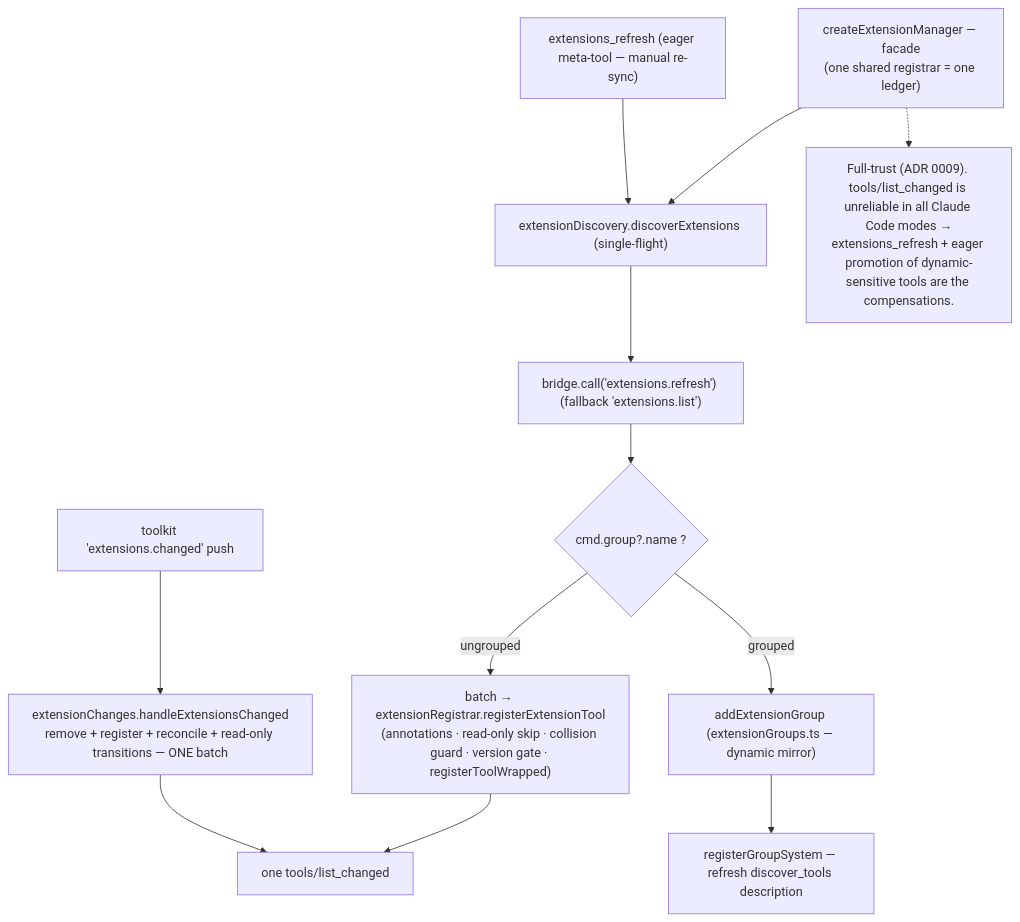
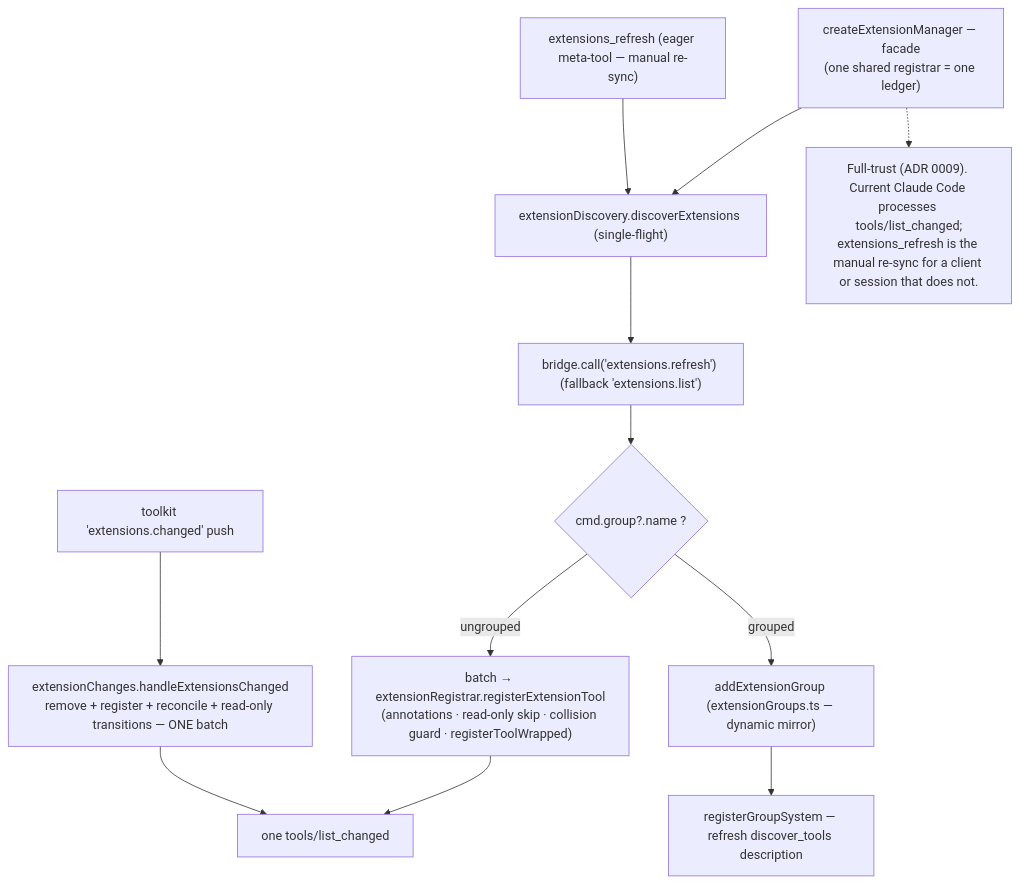
One commit to NPGameDev/godot-mcp-server changed diagram 13 of 13 in docs/architecture/README.md. Above: the diagram before and after it, drawn with Mermaid. The commit also changed other lines of this file and 19 other files, not shown here.

First line of the commit message:
fix(server): tailor two eager tool descriptions to the connected Godot version

````diff
--- a/docs/architecture/README.md
+++ b/docs/architecture/README.md
@@ -779,16 +793,16 @@
 ```mermaid
 flowchart TD
     mgr["createExtensionManager — facade<br/>(one shared registrar = one ledger)"]
     mgr --> disc["extensionDiscovery.discoverExtensions (single-flight)"]
     disc --> rpc["bridge.call('extensions.refresh') (fallback 'extensions.list')"]
     rpc --> part{"cmd.group?.name ?"}
-    part -->|"ungrouped"| ung["batch → extensionRegistrar.registerExtensionTool<br/>(annotations · read-only skip · collision guard · version gate · registerToolWrapped)"]
+    part -->|"ungrouped"| ung["batch → extensionRegistrar.registerExtensionTool<br/>(annotations · read-only skip · collision guard · registerToolWrapped)"]
     part -->|"grouped"| grp["addExtensionGroup (extensionGroups.ts — dynamic mirror)"]
     ung --> once["one tools/list_changed"]
     grp --> desc["registerGroupSystem — refresh discover_tools description"]
     chg["toolkit 'extensions.changed' push"] --> apply["extensionChanges.handleExtensionsChanged<br/>remove + register + reconcile + read-only transitions — ONE batch"]
     apply --> once
     refresh["extensions_refresh (eager meta-tool — manual re-sync)"] --> disc
-    note["Full-trust (ADR 0009). tools/list_changed is unreliable in all Claude Code modes →<br/>extensions_refresh + eager promotion of dynamic-sensitive tools are the compensations."]
+    note["Full-trust (ADR 0009). Current Claude Code processes tools/list_changed;<br/>extensions_refresh is the manual re-sync for a client or session that does not."]
     mgr -.-> note
 ```
````
